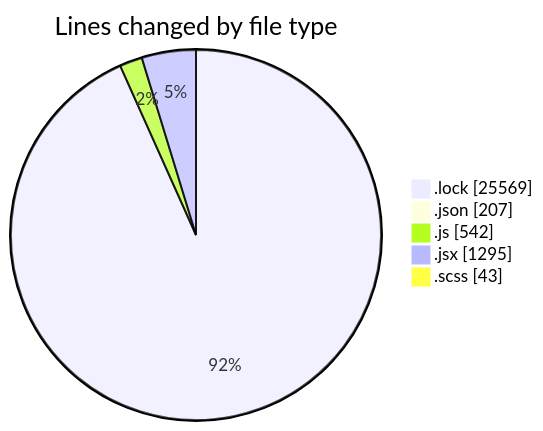
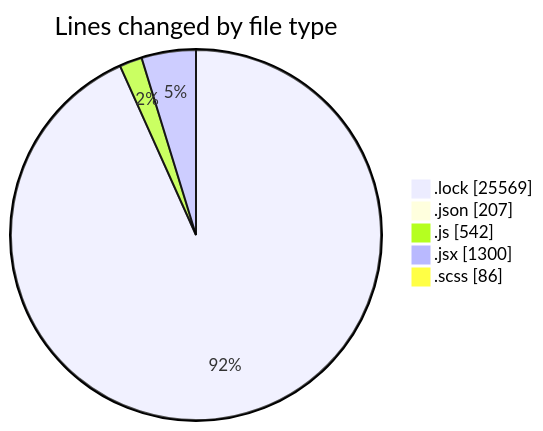
The first of 2 diagrams in 2026-01-07/cda/README.md (momahboobian/code-tracking), drawn with Mermaid before and after one commit. The commit also changed other lines of this file and 1 other file, not shown here.

````diff
--- a/2026-01-07/cda/README.md
+++ b/2026-01-07/cda/README.md
@@ -34,9 +34,9 @@
 ```mermaid
 pie showData
 title Lines changed by file type
 ".lock" : 25569
 ".json" : 207
 ".js" : 542
-".jsx" : 1295
-".scss" : 43
+".jsx" : 1300
+".scss" : 86
 ```
````
